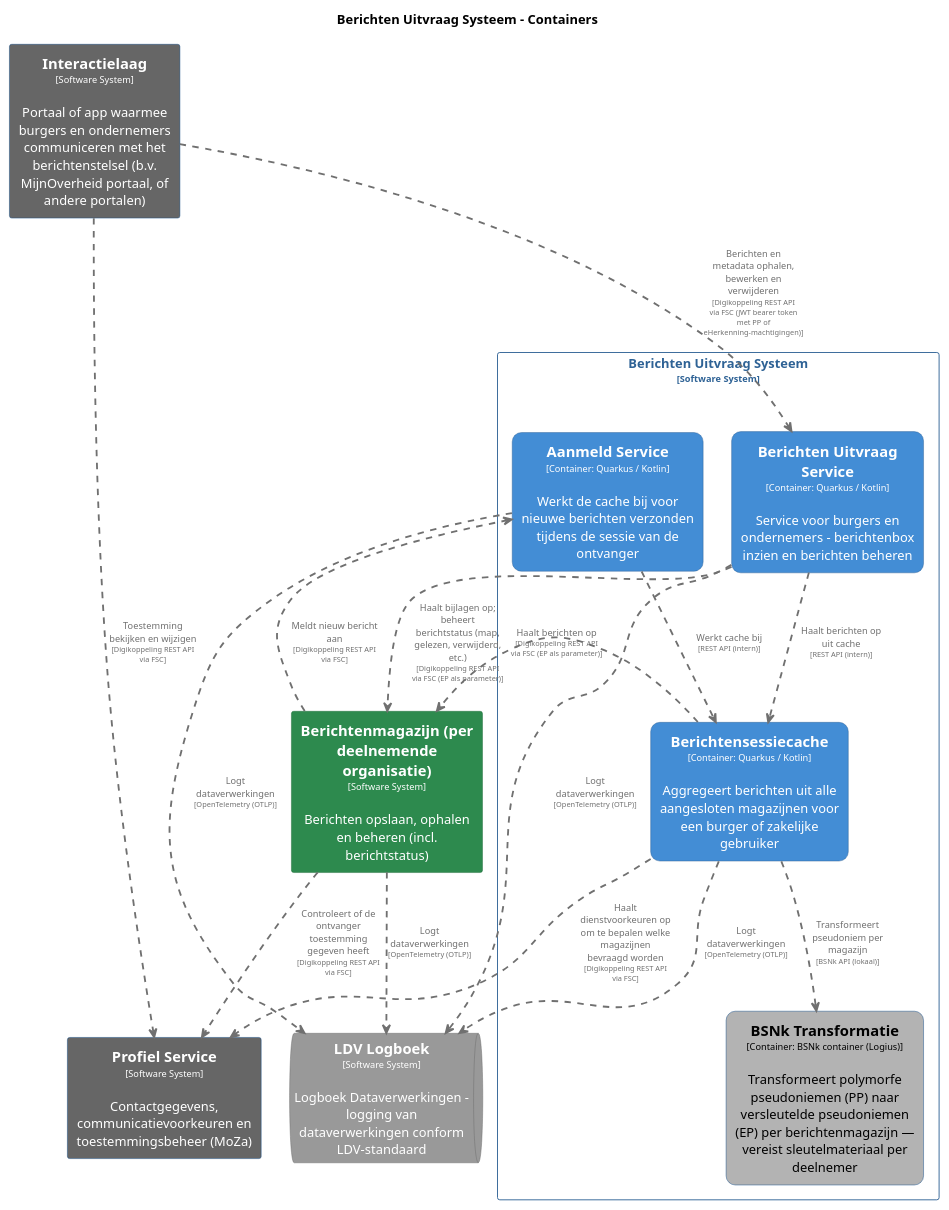
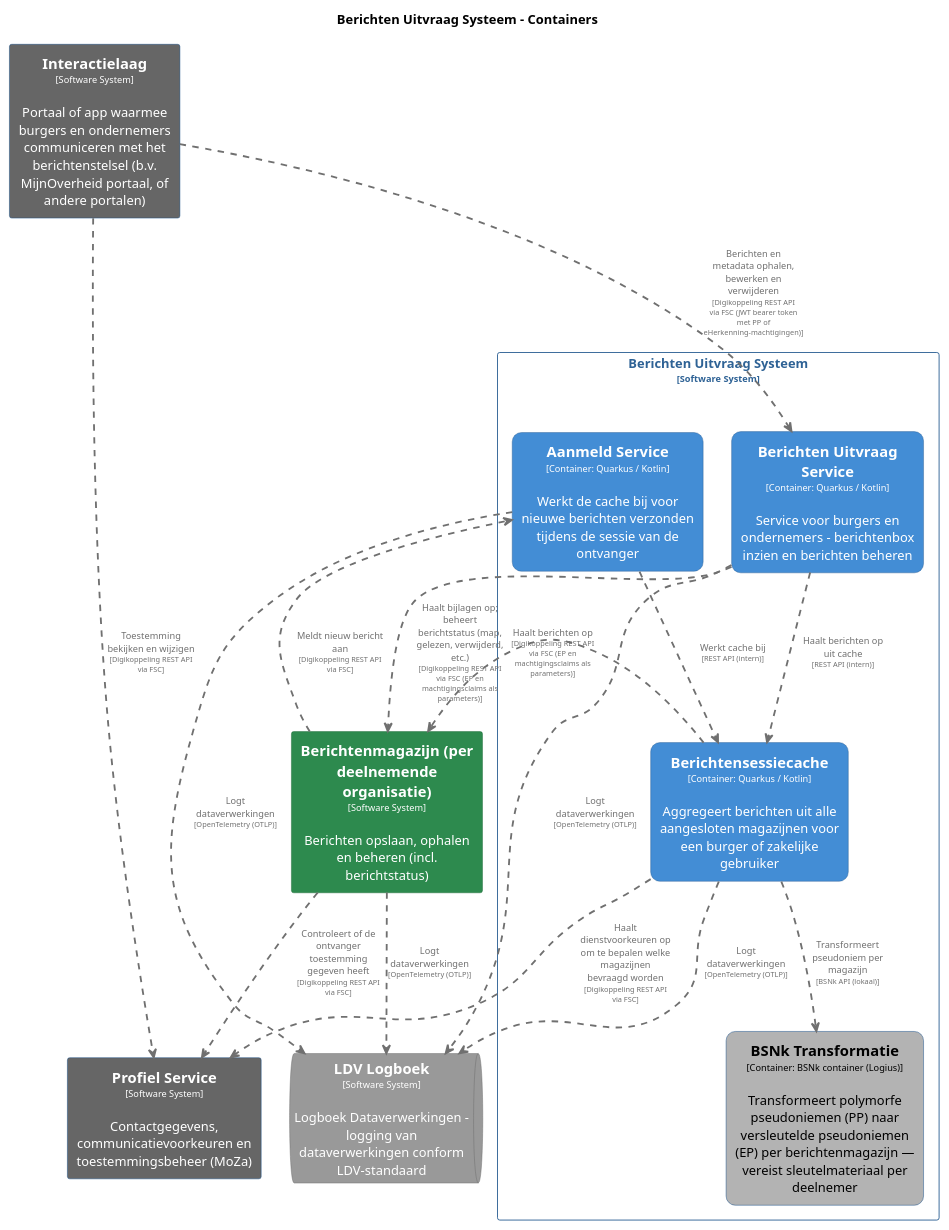
Before and after one commit to MinBZK/moza-poc-fbs-berichtenbox: the diagram in pr-preview/pr-22/master/puml/BerichtenUitvraagSysteemContainers.puml, drawn with PlantUML. The commit also changed 39 other files, not shown here.

```diff
--- a/pr-preview/pr-22/master/puml/BerichtenUitvraagSysteemContainers.puml
+++ b/pr-preview/pr-22/master/puml/BerichtenUitvraagSysteemContainers.puml
@@ -1,102 +1,102 @@
 @startuml
 set separator none
 title Berichten Uitvraag Systeem - Containers
 
 top to bottom direction
 skinparam ranksep 60
 skinparam nodesep 30
 
 skinparam {
   arrowFontSize 10
   defaultTextAlignment center
   wrapWidth 200
   maxMessageSize 100
 }
 
 hide stereotype
 
 skinparam rectangle<<BerichtenUitvraagSysteem.AanmeldService>> {
   BackgroundColor #438dd5
   FontColor #ffffff
   BorderColor #2e6295
   roundCorner 20
   shadowing false
 }
 skinparam rectangle<<BerichtenUitvraagSysteem.BSNkTransformatie>> {
   BackgroundColor #b3b3b3
   FontColor #000000
   BorderColor #0b4884
   roundCorner 20
   shadowing false
 }
 skinparam rectangle<<BerichtenUitvraagSysteem.BerichtenUitvraagService>> {
   BackgroundColor #438dd5
   FontColor #ffffff
   BorderColor #2e6295
   roundCorner 20
   shadowing false
 }
 skinparam rectangle<<Berichtenmagazijnperdeelnemendeorganisatie>> {
   BackgroundColor #2d8a4e
   FontColor #ffffff
   BorderColor #1e6b38
   shadowing false
 }
 skinparam rectangle<<BerichtenUitvraagSysteem.Berichtensessiecache>> {
   BackgroundColor #438dd5
   FontColor #ffffff
   BorderColor #2e6295
   roundCorner 20
   shadowing false
 }
 skinparam rectangle<<Interactielaag>> {
   BackgroundColor #666666
   FontColor #ffffff
   BorderColor #0b4884
   shadowing false
 }
 skinparam queue<<LDVLogboek>> {
   BackgroundColor #999999
   FontColor #ffffff
   BorderColor #6b6b6b
   shadowing false
 }
 skinparam rectangle<<ProfielService>> {
   BackgroundColor #666666
   FontColor #ffffff
   BorderColor #0b4884
   shadowing false
 }
 skinparam rectangle<<BerichtenUitvraagSysteem>> {
   BorderColor #2e6295
   FontColor #2e6295
   shadowing false
 }
 
 rectangle "==Profiel Service\n<size:10>[Software System]</size>\n\nContactgegevens, communicatievoorkeuren en toestemmingsbeheer (MoZa)" <<ProfielService>> as ProfielService
 rectangle "==Interactielaag\n<size:10>[Software System]</size>\n\nPortaal of app waarmee burgers en ondernemers communiceren met het berichtenstelsel (b.v. MijnOverheid portaal, of andere portalen)" <<Interactielaag>> as Interactielaag
 rectangle "==Berichtenmagazijn (per deelnemende organisatie)\n<size:10>[Software System]</size>\n\nBerichten opslaan, ophalen en beheren (incl. berichtstatus)" <<Berichtenmagazijnperdeelnemendeorganisatie>> as Berichtenmagazijnperdeelnemendeorganisatie
 queue "==LDV Logboek\n<size:10>[Software System]</size>\n\nLogboek Dataverwerkingen - logging van dataverwerkingen conform LDV-standaard" <<LDVLogboek>> as LDVLogboek
 
 rectangle "Berichten Uitvraag Systeem\n<size:10>[Software System]</size>" <<BerichtenUitvraagSysteem>> {
   rectangle "==Berichtensessiecache\n<size:10>[Container: Quarkus / Kotlin]</size>\n\nAggregeert berichten uit alle aangesloten magazijnen voor een burger of zakelijke gebruiker" <<BerichtenUitvraagSysteem.Berichtensessiecache>> as BerichtenUitvraagSysteem.Berichtensessiecache
   rectangle "==Berichten Uitvraag Service\n<size:10>[Container: Quarkus / Kotlin]</size>\n\nService voor burgers en ondernemers - berichtenbox inzien en berichten beheren" <<BerichtenUitvraagSysteem.BerichtenUitvraagService>> as BerichtenUitvraagSysteem.BerichtenUitvraagService
   rectangle "==BSNk Transformatie\n<size:10>[Container: BSNk container (Logius)]</size>\n\nTransformeert polymorfe pseudoniemen (PP) naar versleutelde pseudoniemen (EP) per berichtenmagazijn — vereist sleutelmateriaal per deelnemer" <<BerichtenUitvraagSysteem.BSNkTransformatie>> as BerichtenUitvraagSysteem.BSNkTransformatie
   rectangle "==Aanmeld Service\n<size:10>[Container: Quarkus / Kotlin]</size>\n\nWerkt de cache bij voor nieuwe berichten verzonden tijdens de sessie van de ontvanger" <<BerichtenUitvraagSysteem.AanmeldService>> as BerichtenUitvraagSysteem.AanmeldService
 }
 
+Berichtenmagazijnperdeelnemendeorganisatie .[#707070,thickness=2].> ProfielService : "<color:#707070>Controleert of de ontvanger toestemming gegeven heeft\n<color:#707070><size:8>[Digikoppeling REST API via FSC]</size>"
 BerichtenUitvraagSysteem.Berichtensessiecache .[#707070,thickness=2].> ProfielService : "<color:#707070>Haalt dienstvoorkeuren op om te bepalen welke magazijnen bevraagd worden\n<color:#707070><size:8>[Digikoppeling REST API via FSC]</size>"
-BerichtenUitvraagSysteem.Berichtensessiecache .[#707070,thickness=2].> Berichtenmagazijnperdeelnemendeorganisatie : "<color:#707070>Haalt berichten op\n<color:#707070><size:8>[Digikoppeling REST API via FSC (EP als parameter)]</size>"
+BerichtenUitvraagSysteem.Berichtensessiecache .[#707070,thickness=2].> Berichtenmagazijnperdeelnemendeorganisatie : "<color:#707070>Haalt berichten op\n<color:#707070><size:8>[Digikoppeling REST API via FSC (EP en machtigingsclaims als parameters)]</size>"
 Berichtenmagazijnperdeelnemendeorganisatie .[#707070,thickness=2].> LDVLogboek : "<color:#707070>Logt dataverwerkingen\n<color:#707070><size:8>[OpenTelemetry (OTLP)]</size>"
 BerichtenUitvraagSysteem.Berichtensessiecache .[#707070,thickness=2].> LDVLogboek : "<color:#707070>Logt dataverwerkingen\n<color:#707070><size:8>[OpenTelemetry (OTLP)]</size>"
 BerichtenUitvraagSysteem.BerichtenUitvraagService .[#707070,thickness=2].> LDVLogboek : "<color:#707070>Logt dataverwerkingen\n<color:#707070><size:8>[OpenTelemetry (OTLP)]</size>"
 BerichtenUitvraagSysteem.AanmeldService .[#707070,thickness=2].> LDVLogboek : "<color:#707070>Logt dataverwerkingen\n<color:#707070><size:8>[OpenTelemetry (OTLP)]</size>"
 BerichtenUitvraagSysteem.Berichtensessiecache .[#707070,thickness=2].> BerichtenUitvraagSysteem.BSNkTransformatie : "<color:#707070>Transformeert pseudoniem per magazijn\n<color:#707070><size:8>[BSNk API (lokaal)]</size>"
 BerichtenUitvraagSysteem.AanmeldService .[#707070,thickness=2].> BerichtenUitvraagSysteem.Berichtensessiecache : "<color:#707070>Werkt cache bij\n<color:#707070><size:8>[REST API (intern)]</size>"
 BerichtenUitvraagSysteem.BerichtenUitvraagService .[#707070,thickness=2].> BerichtenUitvraagSysteem.Berichtensessiecache : "<color:#707070>Haalt berichten op uit cache\n<color:#707070><size:8>[REST API (intern)]</size>"
 Interactielaag .[#707070,thickness=2].> BerichtenUitvraagSysteem.BerichtenUitvraagService : "<color:#707070>Berichten en metadata ophalen, bewerken en verwijderen\n<color:#707070><size:8>[Digikoppeling REST API via FSC (JWT bearer token met PP of eHerkenning-machtigingen)]</size>"
 Interactielaag .[#707070,thickness=2].> ProfielService : "<color:#707070>Toestemming bekijken en wijzigen\n<color:#707070><size:8>[Digikoppeling REST API via FSC]</size>"
-BerichtenUitvraagSysteem.BerichtenUitvraagService .[#707070,thickness=2].> Berichtenmagazijnperdeelnemendeorganisatie : "<color:#707070>Haalt bijlagen op; beheert berichtstatus (map, gelezen, verwijderd, etc.)\n<color:#707070><size:8>[Digikoppeling REST API via FSC (EP als parameter)]</size>"
+BerichtenUitvraagSysteem.BerichtenUitvraagService .[#707070,thickness=2].> Berichtenmagazijnperdeelnemendeorganisatie : "<color:#707070>Haalt bijlagen op; beheert berichtstatus (map, gelezen, verwijderd, etc.)\n<color:#707070><size:8>[Digikoppeling REST API via FSC (EP en machtigingsclaims als parameters)]</size>"
 Berichtenmagazijnperdeelnemendeorganisatie .[#707070,thickness=2].> BerichtenUitvraagSysteem.AanmeldService : "<color:#707070>Meldt nieuw bericht aan\n<color:#707070><size:8>[Digikoppeling REST API via FSC]</size>"
-Berichtenmagazijnperdeelnemendeorganisatie .[#707070,thickness=2].> ProfielService : "<color:#707070>Controleert of de ontvanger toestemming gegeven heeft\n<color:#707070><size:8>[Digikoppeling REST API via FSC]</size>"
 @enduml
```
